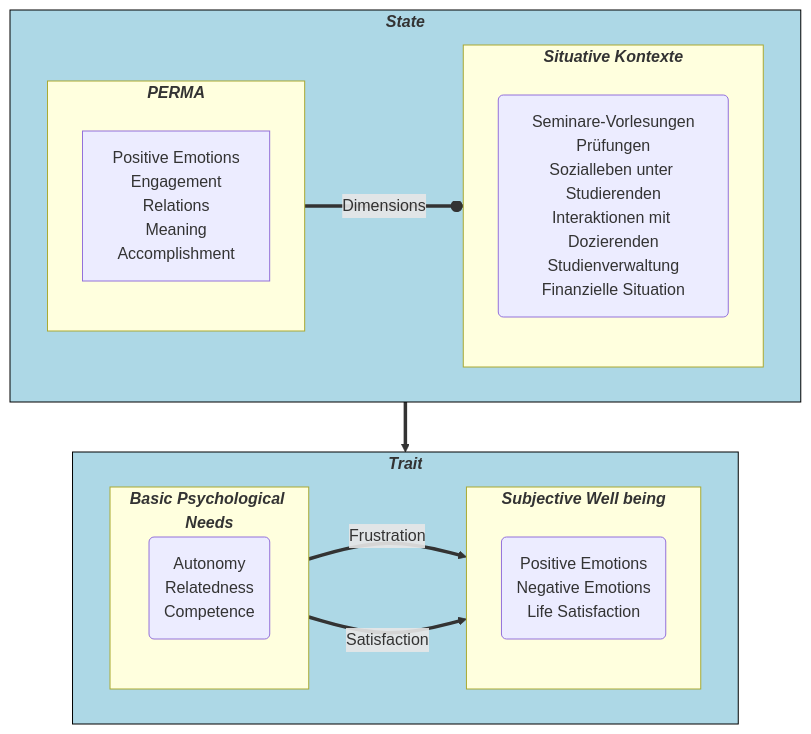
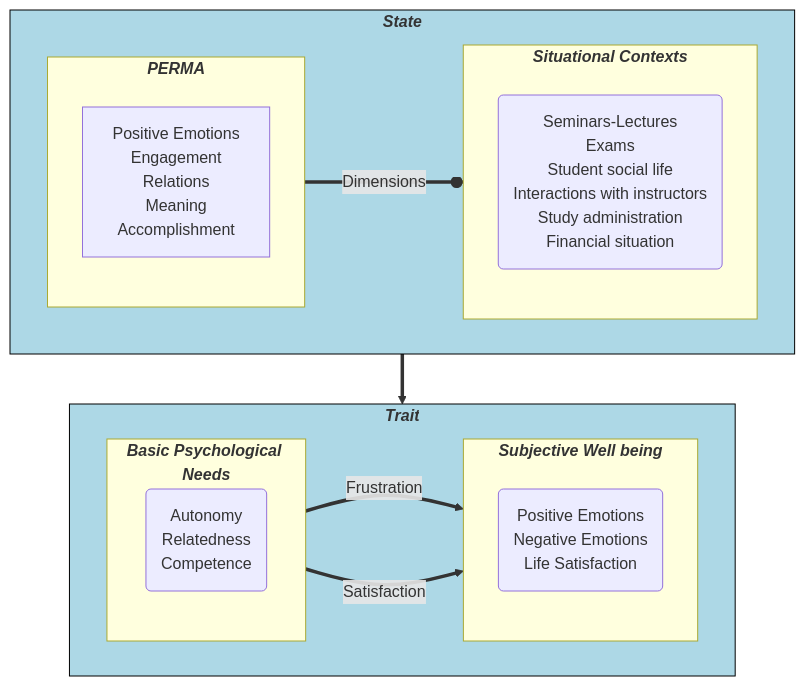
Before and after one commit to jazznbass/homepage: the second of 2 diagrams in posts/2026-02-21-wellbeing-study-design/index.qmd, drawn with Mermaid. The commit also changed other lines of this file and 3 other files, not shown here.

````diff
--- a/posts/2026-02-21-wellbeing-study-design/index.qmd
+++ b/posts/2026-02-21-wellbeing-study-design/index.qmd
@@ -71,54 +72,55 @@
 ```{mermaid}
+
 flowchart TB
 
 subgraph perma ["`***PERMA***`"]
 PERMA["`
     Positive Emotions
     Engagement
     Relations
     Meaning
     Accomplishment`"]
 end
 
-subgraph sit ["`***Situative Kontexte***`"]
+subgraph sit ["`***Situational Contexts***`"]
 direction TB
-SIT("`Seminare-Vorlesungen
-Prüfungen
-Sozialleben unter Studierenden
-Interaktionen mit Dozierenden
-Studienverwaltung
-Finanzielle Situation`")
+SIT("`Seminars-Lectures
+Exams
+Student social life
+Interactions with instructors
+Study administration
+Financial situation`")
 end
 
 subgraph swb ["`***Subjective Well being***`"]
 direction TB
 SWB("`Positive Emotions
 Negative Emotions
 Life Satisfaction`")
 end
 
 subgraph bpn ["`***Basic Psychological Needs***`"]
 direction TB
 BPN("`Autonomy
 Relatedness
 Competence
 `")
 end
 
 subgraph state ["`***State***`"]
 direction LR
 perma ==o|Dimensions| sit
 end
 
 subgraph trait ["`***Trait***`"]
 direction LR
 bpn ==>|Frustration| swb
 bpn ==>|Satisfaction| swb
 end
 
 state ==> trait
 
 style state fill:LightBlue, stroke:black
 style trait fill:LightBlue, stroke:black
 
 ```
````
